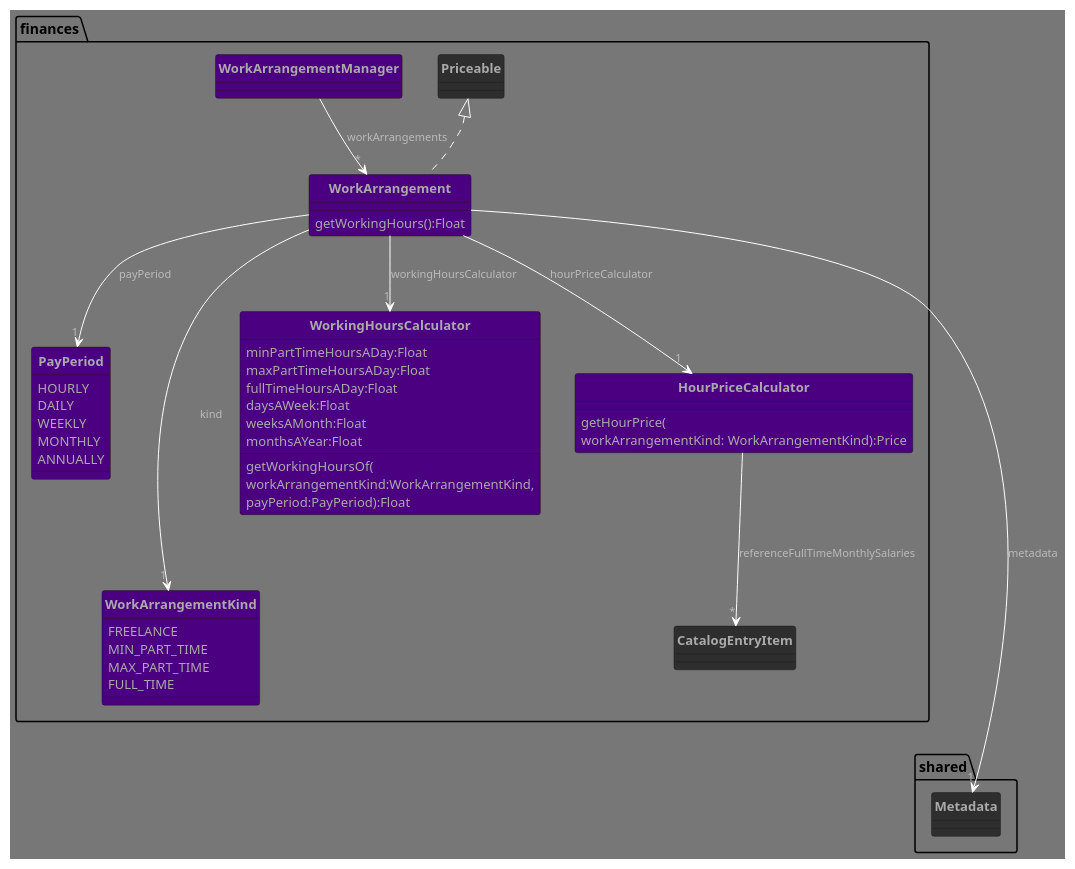
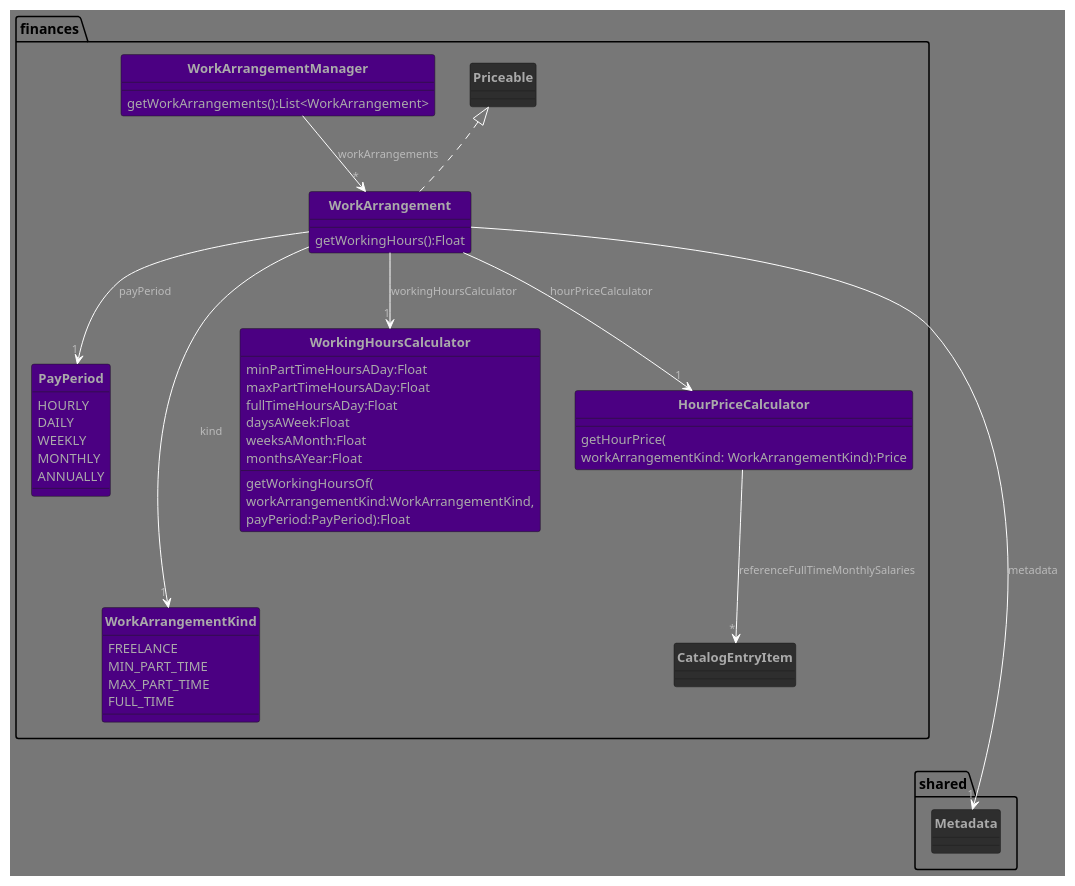
The seventh of 7 diagrams in dev/finances.md (nachograffione/life-admin), drawn with PlantUML before and after one commit. The commit also changed other lines of this file, not shown here.

````diff
--- a/dev/finances.md
+++ b/dev/finances.md
@@ -362,75 +364,76 @@
 ```plantuml
 @startuml lifeAdminModel
 !theme reddress-darkblue
 skinparam classAttributeIconSize 0
 hide circle
 <style>
   classDiagram {
     fontname "Arial"
     header {
       fontstyle bold
       fontsize 15
     }
     class {
       fontsize 13
     }
     note {
       fontsize 13
       backgroundColor grey
     }
   }
 </style>
 
 package finances {}
 package shared {}
 
 class finances.WorkArrangementManager #Indigo {
+  getWorkArrangements():List<WorkArrangement>
 }
 
 class finances.WorkArrangement #Indigo {
   getWorkingHours():Float 
 }
 
 enum finances.PayPeriod #Indigo { 
   HOURLY
   DAILY
   WEEKLY
   MONTHLY
   ANNUALLY
 }
 
 enum finances.WorkArrangementKind #Indigo {
   FREELANCE
   MIN_PART_TIME
   MAX_PART_TIME
   FULL_TIME
 }
 
 class finances.WorkingHoursCalculator #Indigo {
   minPartTimeHoursADay:Float
   maxPartTimeHoursADay:Float
   fullTimeHoursADay:Float
   daysAWeek:Float
   weeksAMonth:Float
   monthsAYear:Float
   getWorkingHoursOf(\nworkArrangementKind:WorkArrangementKind,\npayPeriod:PayPeriod):Float
 }
 
 class finances.HourPriceCalculator #Indigo {
   getHourPrice(\nworkArrangementKind: WorkArrangementKind):Price
 }
 
 finances.WorkArrangementManager -d-> "*" finances.WorkArrangement : workArrangements
 
 finances.WorkArrangement .u.|> finances.Priceable
 finances.WorkArrangement ----> "1" shared.Metadata : metadata
 finances.WorkArrangement ---> "1" finances.WorkArrangementKind : kind
 finances.WorkArrangement --> "1" finances.PayPeriod : payPeriod
 finances.WorkArrangement --> "1" finances.WorkingHoursCalculator : workingHoursCalculator
 finances.WorkArrangement --> "1" finances.HourPriceCalculator : hourPriceCalculator
 
 finances.HourPriceCalculator --> "*" finances.CatalogEntryItem : referenceFullTimeMonthlySalaries
 
 finances.WorkArrangementManager -r[hidden]-> finances.Priceable
 @enduml
 ```
````
